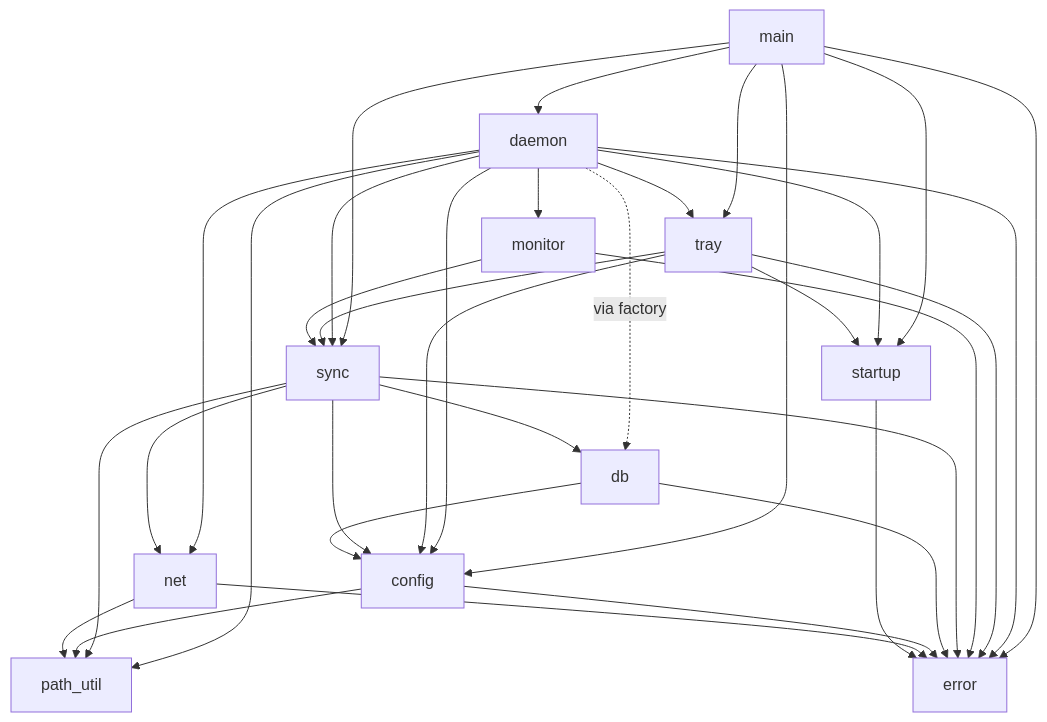
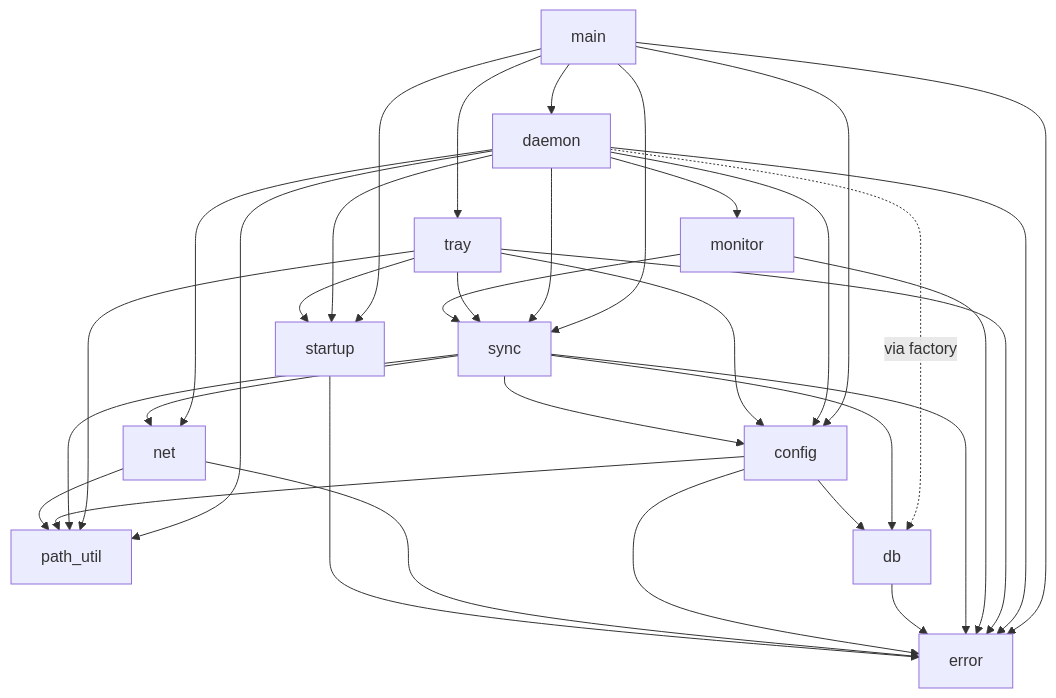
The first of 3 diagrams in architecture.md (wends155/syncdir), drawn with Mermaid before and after one commit. The commit also changed other lines of this file and 2 other files, not shown here.

Commit message:
docs: synchronize architecture.md, spec.md, and context.md for module-scoped refactoring

````diff
--- a/architecture.md
+++ b/architecture.md
@@ -249,13 +250,13 @@
 ```mermaid
 graph TD
     main --> daemon & tray & config & sync & startup & error
-    daemon --> config & net & monitor & sync & tray & startup & path_util & error
+    daemon --> config & net & monitor & sync & startup & path_util & error
     daemon -.->|via factory| db
-    tray --> sync & config & error & startup
+    tray --> sync & config & path_util & startup & error
     monitor --> sync & error
     sync --> db & config & net & path_util & error
-    db --> config & error
-    config --> path_util & error
+    db --> error
+    config --> path_util & db & error
     net --> path_util & error
     startup --> error
 ```
````
